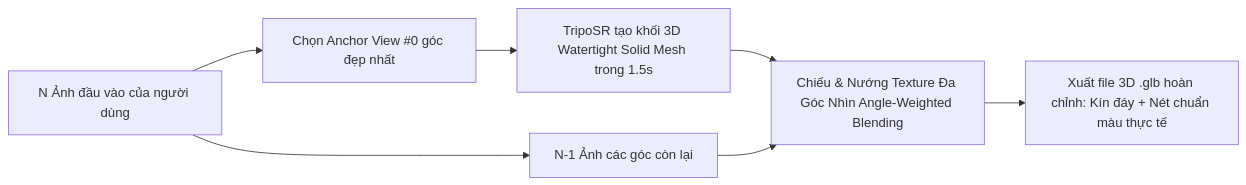
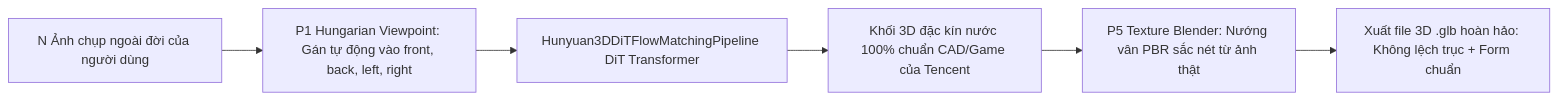
One commit to dduy26/Img2d-to-3d changed the second of 2 diagrams in docs/ke_hoach_nang_cap_model_multiview.md. Above: the diagram before and after it, drawn with Mermaid. The commit also changed other lines of this file and 3 other files, not shown here.

Commit message:
docs: cap nhat ke hoach tich hop Tencent Hunyuan3D-2mv vao plan va status

````diff
--- a/docs/ke_hoach_nang_cap_model_multiview.md
+++ b/docs/ke_hoach_nang_cap_model_multiview.md
@@ -98,9 +98,8 @@
 ```mermaid
 flowchart LR
-    A[N Ảnh đầu vào của người dùng] --> B[Chọn Anchor View #0 góc đẹp nhất]
-    B --> C[TripoSR tạo khối 3D Watertight Solid Mesh trong 1.5s]
-    A --> D[N-1 Ảnh các góc còn lại]
-    C --> E[Chiếu & Nướng Texture Đa Góc Nhìn Angle-Weighted Blending]
-    D --> E
-    E --> F[Xuất file 3D .glb hoàn chỉnh: Kín đáy + Nét chuẩn màu thực tế]
+    A[N Ảnh chụp ngoài đời của người dùng] --> B[P1 Hungarian Viewpoint: Gán tự động vào front, back, left, right]
+    B --> C[Hunyuan3DDiTFlowMatchingPipeline DiT Transformer]
+    C --> D[Khối 3D đặc kín nước 100% chuẩn CAD/Game của Tencent]
+    D --> E[P5 Texture Blender: Nướng vân PBR sắc nét từ ảnh thật]
+    E --> F[Xuất file 3D .glb hoàn hảo: Không lệch trục + Form chuẩn]
 ```
````
